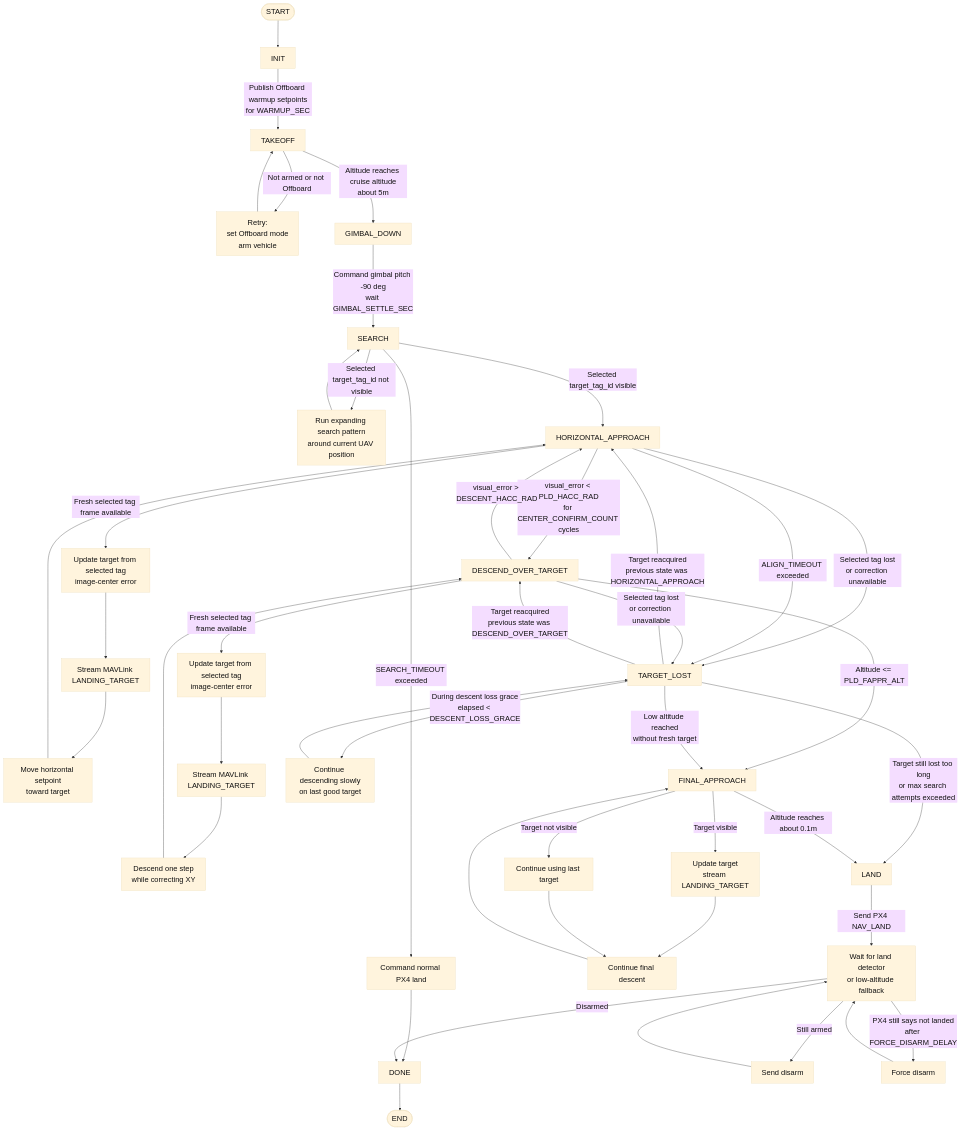
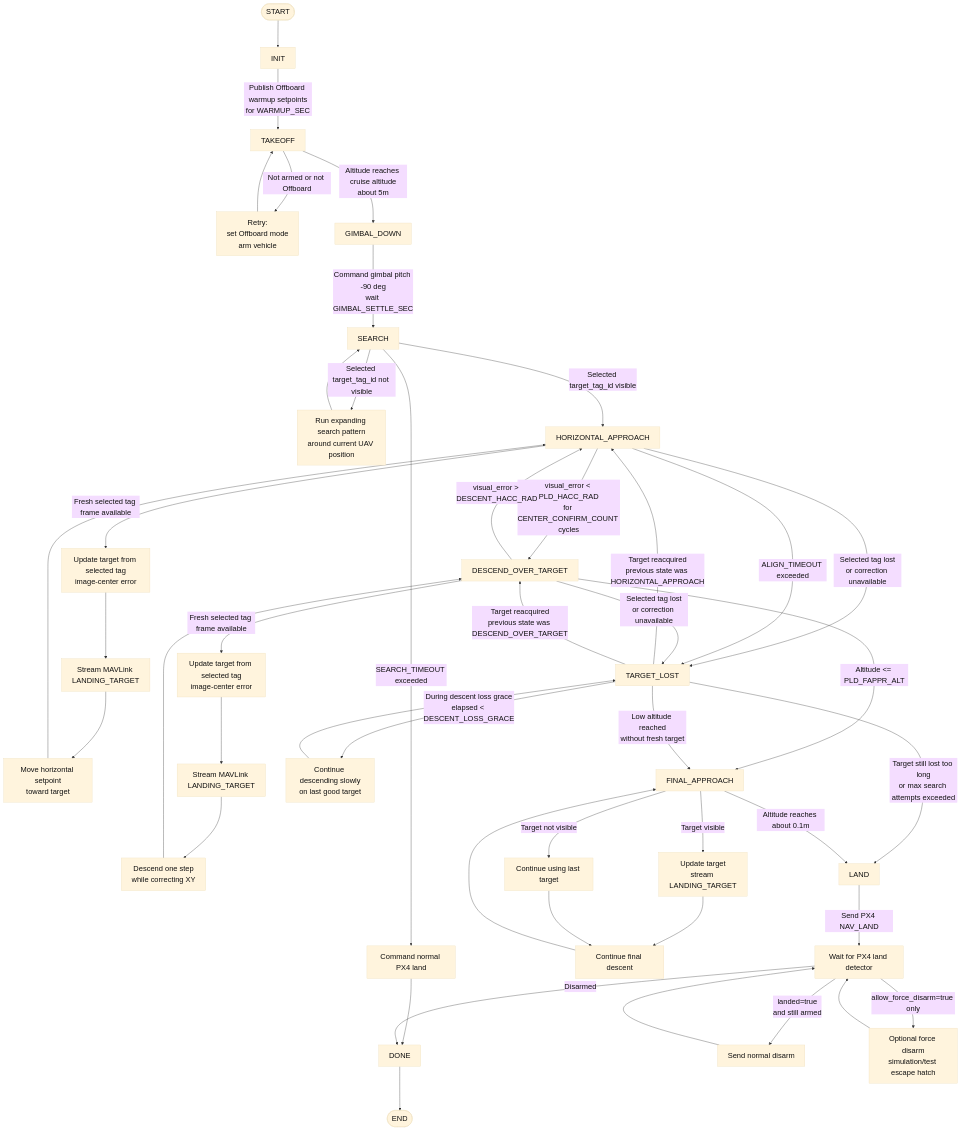
The diagram in docs/apriltag_fsm.md (TeedeeTD/SITL_PrecisionLanding), drawn with Mermaid before and after one commit. The commit also changed 35 other files, not shown here.

````diff
--- a/docs/apriltag_fsm.md
+++ b/docs/apriltag_fsm.md
@@ -5,78 +5,78 @@
 ```mermaid
 %%{init: {
   "theme": "base",
   "themeVariables": {
     "fontSize": "22px",
     "fontFamily": "Arial",
     "primaryTextColor": "#111111",
     "lineColor": "#333333"
   },
   "flowchart": {
     "nodeSpacing": 60,
     "rankSpacing": 80
   }
 }}%%
 
 flowchart TD
     A([START]) --> B[INIT]
 
     B -->|Publish Offboard warmup setpoints<br/>for WARMUP_SEC| C[TAKEOFF]
 
     C -->|Not armed or not Offboard| C1[Retry:<br/>set Offboard mode<br/>arm vehicle]
     C1 --> C
     C -->|Altitude reaches cruise altitude<br/>about 5m| D[GIMBAL_DOWN]
 
     D -->|Command gimbal pitch -90 deg<br/>wait GIMBAL_SETTLE_SEC| E[SEARCH]
 
     E -->|Selected target_tag_id not visible| E1[Run expanding search pattern<br/>around current UAV position]
     E1 --> E
 
     E -->|Selected target_tag_id visible| F[HORIZONTAL_APPROACH]
     E -->|SEARCH_TIMEOUT exceeded| Z1[Command normal PX4 land]
     Z1 --> Z[DONE]
 
     F -->|Fresh selected tag frame available| F1[Update target from selected tag<br/>image-center error]
     F1 --> F2[Stream MAVLink LANDING_TARGET]
     F2 --> F3[Move horizontal setpoint<br/>toward target]
     F3 --> F
 
     F -->|visual_error < PLD_HACC_RAD<br/>for CENTER_CONFIRM_COUNT cycles| G[DESCEND_OVER_TARGET]
 
     F -->|Selected tag lost<br/>or correction unavailable| L[TARGET_LOST]
     F -->|ALIGN_TIMEOUT exceeded| L
 
     G -->|Fresh selected tag frame available| G1[Update target from selected tag<br/>image-center error]
     G1 --> G2[Stream MAVLink LANDING_TARGET]
     G2 --> G3[Descend one step<br/>while correcting XY]
     G3 --> G
 
     G -->|visual_error > DESCENT_HACC_RAD| F
     G -->|Selected tag lost<br/>or correction unavailable| L
     G -->|Altitude <= PLD_FAPPR_ALT| H[FINAL_APPROACH]
 
     L -->|Target reacquired<br/>previous state was HORIZONTAL_APPROACH| F
     L -->|Target reacquired<br/>previous state was DESCEND_OVER_TARGET| G
 
     L -->|During descent loss grace<br/>elapsed < DESCENT_LOSS_GRACE| L1[Continue descending slowly<br/>on last good target]
     L1 --> L
 
     L -->|Low altitude reached<br/>without fresh target| H
     L -->|Target still lost too long<br/>or max search attempts exceeded| I[LAND]
 
     H -->|Target visible| H1[Update target<br/>stream LANDING_TARGET]
     H -->|Target not visible| H2[Continue using last target]
     H1 --> H3[Continue final descent]
     H2 --> H3
     H3 --> H
 
     H -->|Altitude reaches about 0.1m| I[LAND]
 
-    I -->|Send PX4 NAV_LAND| I1[Wait for land detector<br/>or low-altitude fallback]
-    I1 -->|Still armed| I2[Send disarm]
+    I -->|Send PX4 NAV_LAND| I1[Wait for PX4 land detector]
+    I1 -->|landed=true<br/>and still armed| I2[Send normal disarm]
     I2 --> I1
-    I1 -->|PX4 still says not landed<br/>after FORCE_DISARM_DELAY| I3[Force disarm]
+    I1 -->|allow_force_disarm=true only| I3[Optional force disarm<br/>simulation/test escape hatch]
     I3 --> I1
     I1 -->|Disarmed| Z[DONE]
 
     Z --> END([END])
 ```
````
